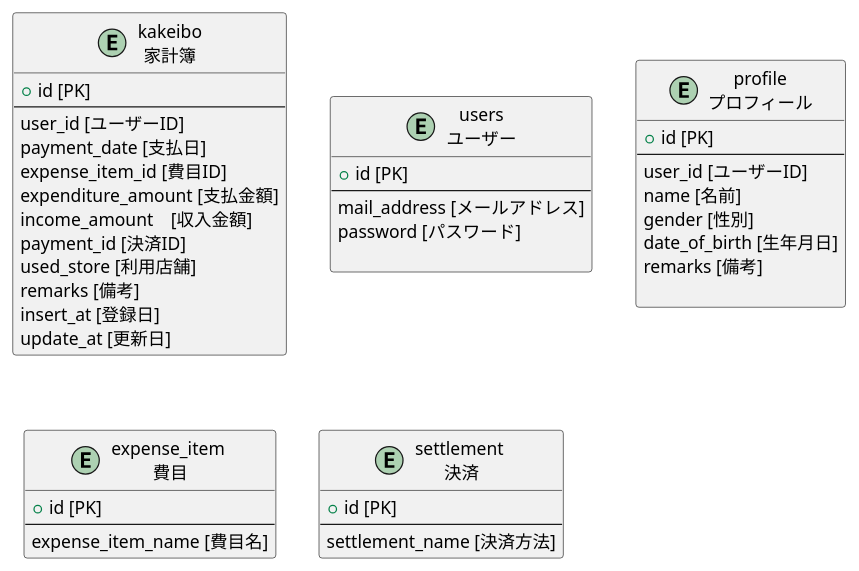
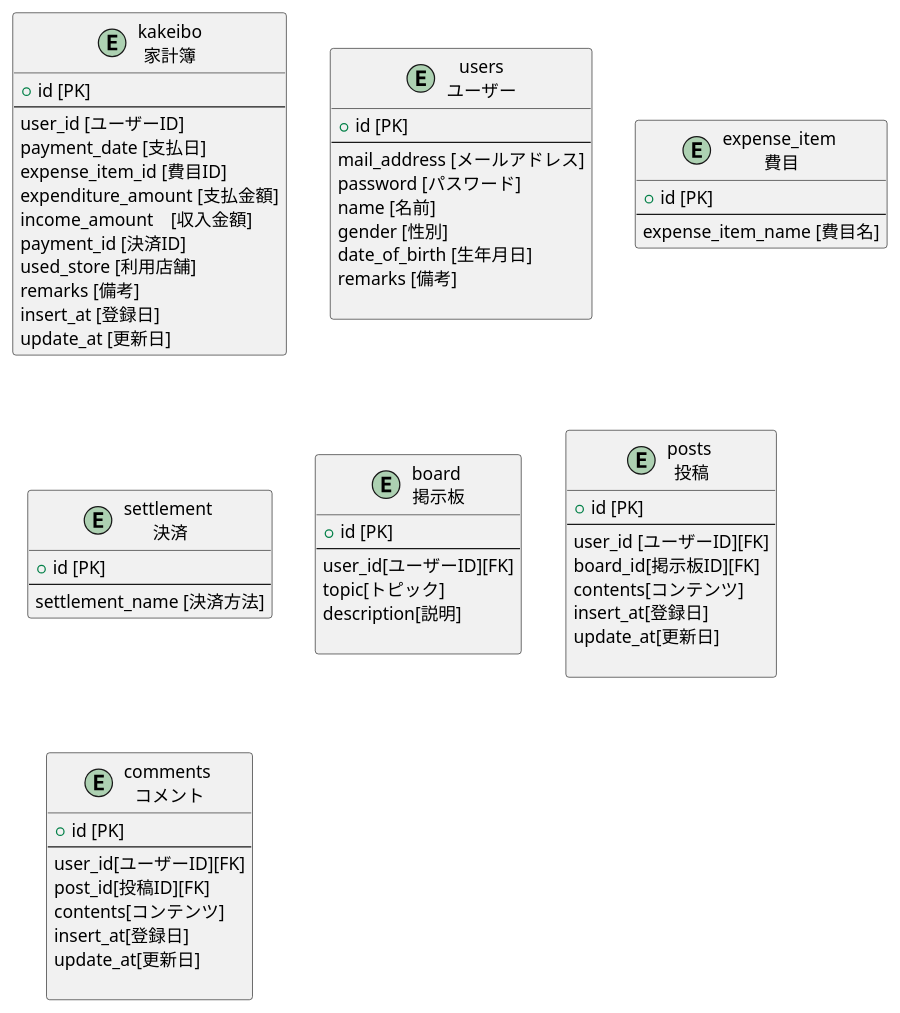
The diagram in documents/uml/ER図/tables.pu (shinnamie/sns-kakeibo), drawn with PlantUML before and after one commit. The commit also changed 8 other files, not shown here.

```diff
--- a/documents/uml/ER図/tables.pu
+++ b/documents/uml/ER図/tables.pu
@@ -1,45 +1,66 @@
 @startuml tables
 entity kakeibo as "kakeibo\n家計簿" {
   + id [PK]
   --
   user_id [ユーザーID]
   payment_date [支払日]
   expense_item_id [費目ID]
   expenditure_amount [支払金額]
   income_amount　[収入金額]
   payment_id [決済ID]
   used_store [利用店舗]
   remarks [備考]
   insert_at [登録日]
   update_at [更新日]
 }
 entity users as "users\nユーザー" {
   + id [PK]
   --
   mail_address [メールアドレス]
   password [パスワード]
-  
-}
-entity profile as "profile\nプロフィール" {
-  + id [PK]
-  --
-  user_id [ユーザーID]
   name [名前]
   gender [性別]
   date_of_birth [生年月日]
   remarks [備考]
-
+  
 }
-
 
 entity expense_item  as "expense_item \n費目" {
   + id [PK]
   --
   expense_item_name [費目名]
 }
 entity settlement  as "settlement \n決済" {
   + id [PK]
   --
   settlement_name [決済方法]
 }
+entity board as  "board \n掲示板"{
+  + id [PK]
+  --
+  user_id[ユーザーID][FK]
+  topic[トピック]
+  description[説明]
+
+}
+entity posts as  "posts \n投稿"{
+  + id [PK]
+  --
+  user_id [ユーザーID][FK]
+  board_id[掲示板ID][FK]
+  contents[コンテンツ]
+  insert_at[登録日]
+  update_at[更新日]
+
+}
+entity comments as  "comments \nコメント"{
+  + id [PK]
+  --
+  user_id[ユーザーID][FK]
+  post_id[投稿ID][FK]
+  contents[コンテンツ]
+  insert_at[登録日]
+  update_at[更新日]
+
+}
 @enduml
```
